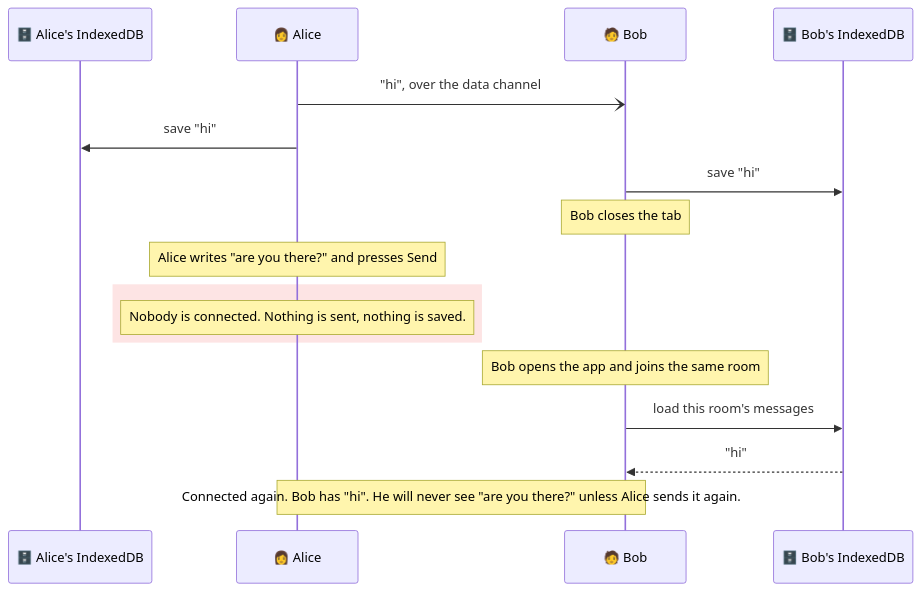
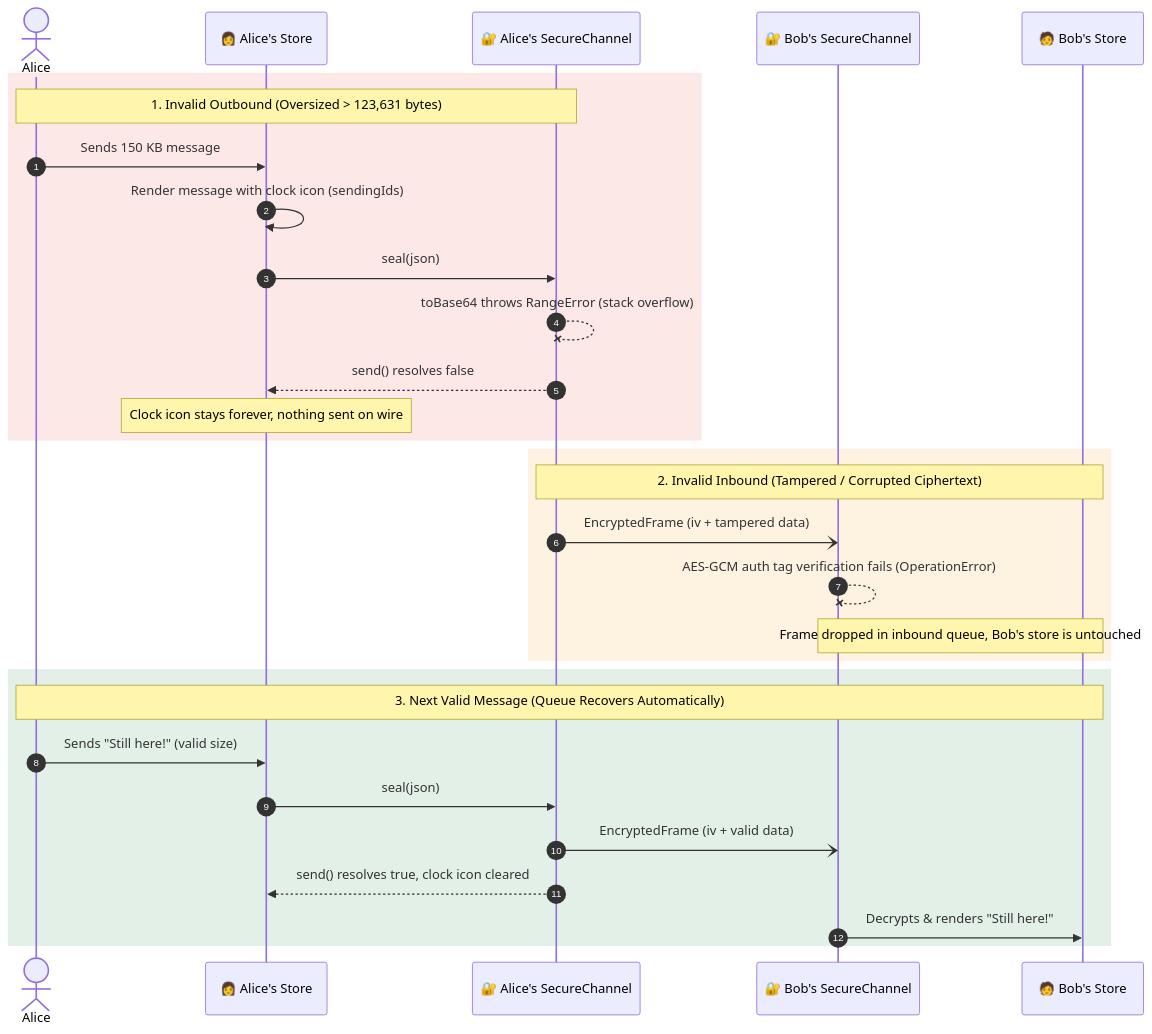
The ninth of 10 diagrams in README.md (LitHaxor/webRTC-mesh-chat), drawn with Mermaid before and after one commit. The commit also changed other lines of this file, not shown here.

````diff
--- a/README.md
+++ b/README.md
@@ -748,20 +587,35 @@
 ```mermaid
 sequenceDiagram
-  participant DA as 🗄️ Alice's IndexedDB
-  participant A as 👩 Alice
-  participant B as 🧑 Bob
-  participant DB as 🗄️ Bob's IndexedDB
+  autonumber
+  actor Alice
+  participant SA as 👩 Alice's Store
+  participant CA as 🔐 Alice's SecureChannel
+  participant CB as 🔐 Bob's SecureChannel
+  participant SB as 🧑 Bob's Store
 
-  A-)B: "hi", over the data channel
-  A->>DA: save "hi"
-  B->>DB: save "hi"
-  Note over B: Bob closes the tab
-  Note over A: Alice writes "are you there?" and presses Send
-  rect rgba(239, 68, 68, 0.14)
-    Note over A: Nobody is connected. Nothing is sent, nothing is saved.
+  rect rgba(239, 68, 68, 0.12)
+    Note over Alice,CA: 1. Invalid Outbound (Oversized > 123,631 bytes)
+    Alice->>SA: Sends 150 KB message
+    SA->>SA: Render message with clock icon (sendingIds)
+    SA->>CA: seal(json)
+    CA--xCA: toBase64 throws RangeError (stack overflow)
+    CA-->>SA: send() resolves false
+    Note over SA: Clock icon stays forever, nothing sent on wire
   end
-  Note over B: Bob opens the app and joins the same room
-  B->>DB: load this room's messages
-  DB-->>B: "hi"
-  Note over A,B: Connected again. Bob has "hi". He will never see "are you there?" unless Alice sends it again.
+
+  rect rgba(245, 158, 11, 0.12)
+    Note over CA,SB: 2. Invalid Inbound (Tampered / Corrupted Ciphertext)
+    CA-)CB: EncryptedFrame (iv + tampered data)
+    CB--xCB: AES-GCM auth tag verification fails (OperationError)
+    Note over CB,SB: Frame dropped in inbound queue, Bob's store is untouched
+  end
+
+  rect rgba(21, 128, 61, 0.12)
+    Note over Alice,SB: 3. Next Valid Message (Queue Recovers Automatically)
+    Alice->>SA: Sends "Still here!" (valid size)
+    SA->>CA: seal(json)
+    CA-)CB: EncryptedFrame (iv + valid data)
+    CA-->>SA: send() resolves true, clock icon cleared
+    CB->>SB: Decrypts & renders "Still here!"
+  end
 ```
````
